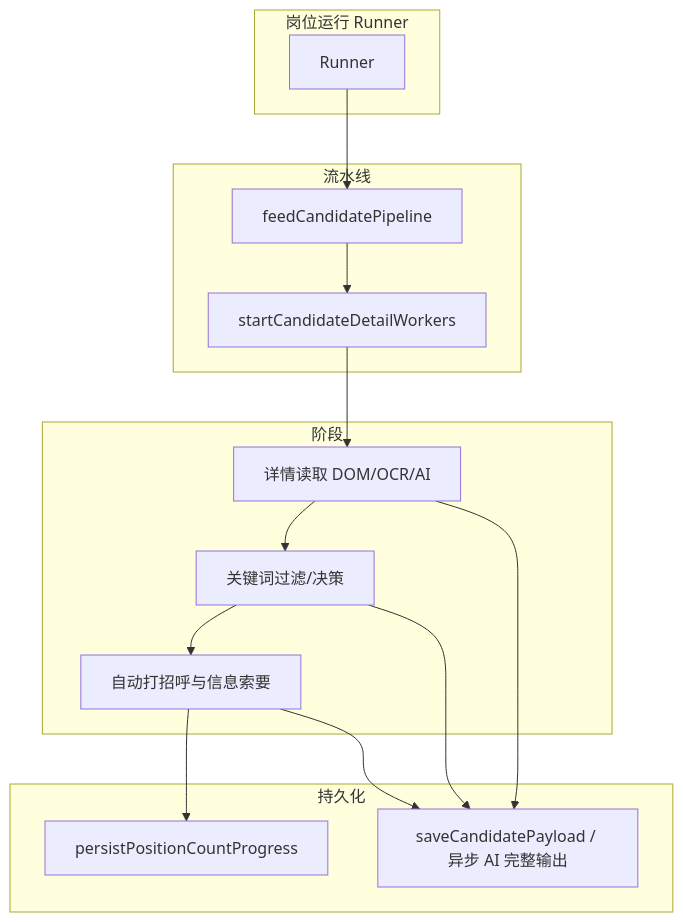
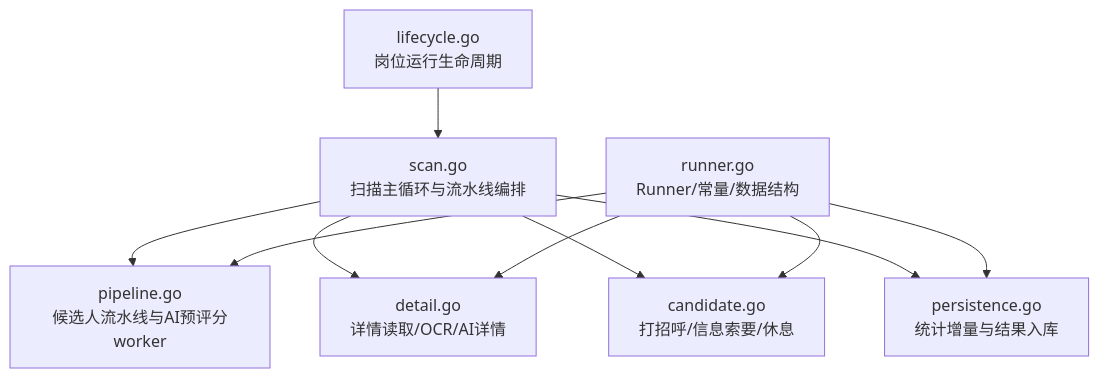
One commit to alvinwangzi/goodhr changed the first of 8 diagrams in .qoder/repowiki/zh/content/本地执行器/任务调度/执行管道.md. Above: the diagram before and after it, drawn with Mermaid. The commit also changed other lines of this file and 149 other files, not shown here.

````diff
--- a/.qoder/repowiki/zh/content/本地执行器/任务调度/执行管道.md
+++ b/.qoder/repowiki/zh/content/本地执行器/任务调度/执行管道.md
@@ -44,23 +44,12 @@
 ```mermaid
 graph TB
-subgraph "岗位运行 Runner"
-R["Runner"]
-end
-subgraph "流水线"
-P["feedCandidatePipeline"]
-W["startCandidateDetailWorkers"]
-end
-subgraph "阶段"
-D["详情读取 DOM/OCR/AI"]
-K["关键词过滤/决策"]
-G["自动打招呼与信息索要"]
-end
-subgraph "持久化"
-S["persistPositionCountProgress"]
-C["saveCandidatePayload / 异步 AI 完整输出"]
-end
-R --> P --> W --> D --> K --> G --> S
-D --> C
-K --> C
-G --> C
+A["lifecycle.go<br/>岗位运行生命周期"] --> B["scan.go<br/>扫描主循环与流水线编排"]
+B --> C["pipeline.go<br/>候选人流水线与AI预评分worker"]
+B --> D["detail.go<br/>详情读取/OCR/AI详情"]
+B --> E["candidate.go<br/>打招呼/信息索要/休息"]
+B --> F["persistence.go<br/>统计增量与结果入库"]
+G["runner.go<br/>Runner/常量/数据结构"] --> C
+G --> D
+G --> E
+G --> F
 ```
````
